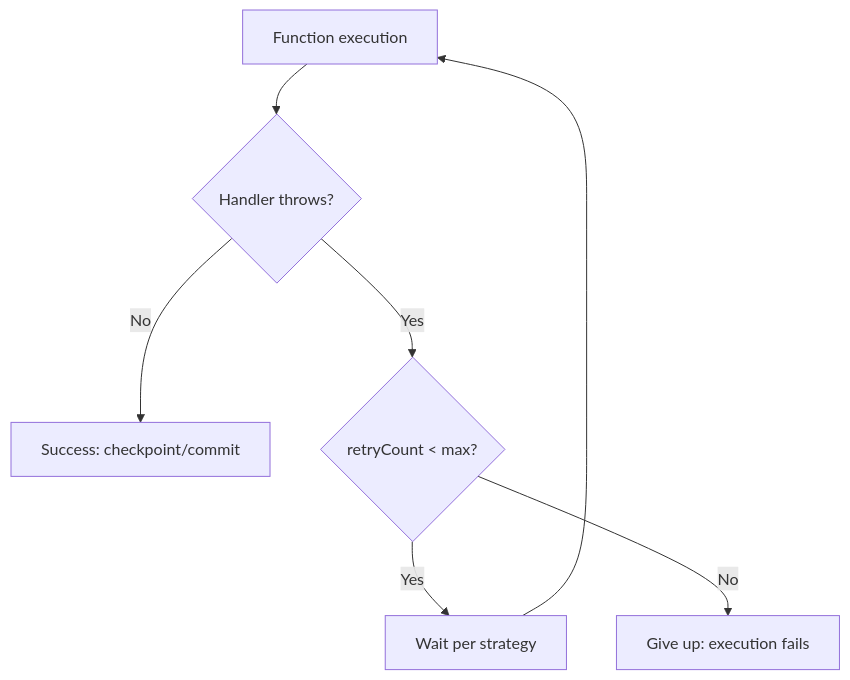
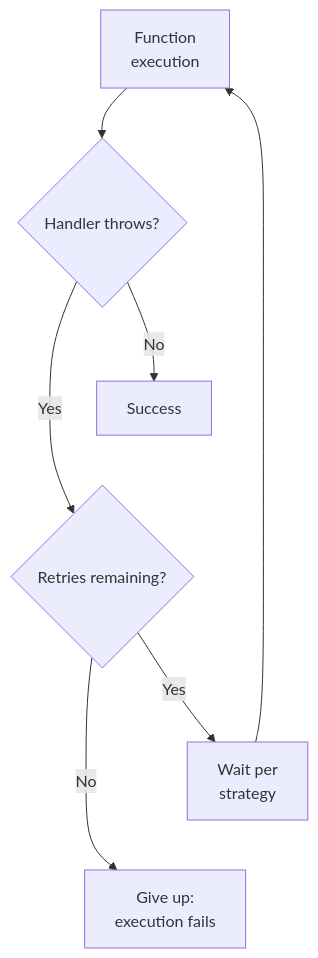
Before and after one commit to yeongseon/azure-functions-practical-guide: the diagram in docs/language-guides/nodejs/recipes/retry.md, drawn with Mermaid. The commit also changed other lines of this file and 4 other files, not shown here.

First line of the commit message:
docs(diagrams): improve Node.js OpenAPI queue retry and Service Bus flows (#506)

````diff
--- a/docs/language-guides/nodejs/recipes/retry.md
+++ b/docs/language-guides/nodejs/recipes/retry.md
@@ -34,8 +34,13 @@
 ```mermaid
 flowchart TD
-    EXEC[Function execution] --> ERR{Handler throws?}
-    ERR -->|No| DONE[Success: checkpoint/commit]
-    ERR -->|Yes| COUNT{retryCount < max?}
-    COUNT -->|Yes| WAIT[Wait per strategy] --> EXEC
-    COUNT -->|No| FAIL[Give up: execution fails]
+    accTitle: Finite runtime retry policy loop for supported Node.js triggers
+    accDescr: For a configured finite retry policy on a supported trigger and compatible extension, an uncaught handler error leads to the retry-budget decision, a wait and another execution or final failure. No error leads to success. Completion and checkpoint behavior are trigger-specific; the finite comparison does not represent minus-one unlimited retries.
+    EXEC["Function<br/>execution"] --> ERR{Handler throws?}
+    ERR -->|No| DONE[Success]
+    ERR -->|Yes| COUNT{Retries remaining?}
+    COUNT -->|Yes| WAIT["Wait per<br/>strategy"] --> EXEC
+    COUNT -->|No| FAIL["Give up:<br/>execution fails"]
+    %% Layout-only links tier the outcomes; they add no steps or semantic arrows.
+    DONE ~~~ COUNT
+    WAIT ~~~ FAIL
 ```
````
